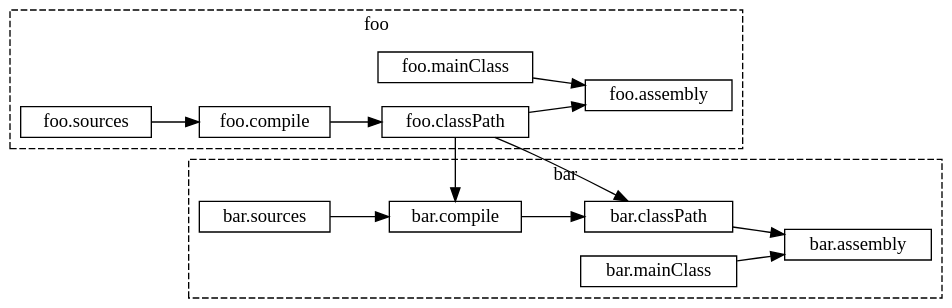
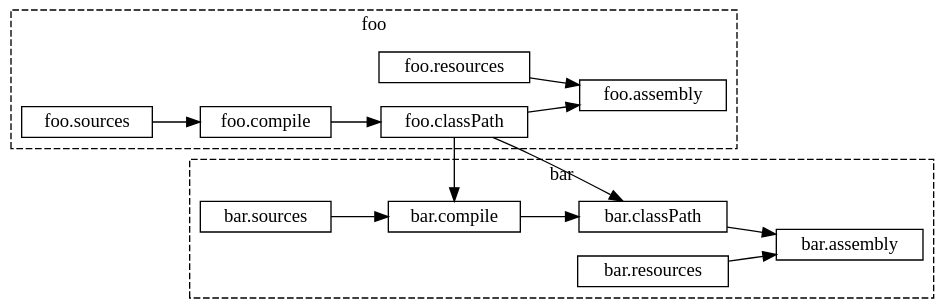
Before and after one commit to com-lihaoyi/mill: the diagram in docs/modules/ROOT/partials/Intro_to_Mill_Header.adoc, drawn with Graphviz. The commit also changed other lines of this file and 6 other files, not shown here.

````diff
--- a/docs/modules/ROOT/partials/Intro_to_Mill_Header.adoc
+++ b/docs/modules/ROOT/partials/Intro_to_Mill_Header.adoc
@@ -1,27 +1,27 @@
 ```graphviz
 digraph G {
   rankdir=LR
   node [shape=box width=0 height=0 style=filled fillcolor=white]
   bgcolor=transparent
   newrank=true;
   subgraph cluster_0 {
     style=dashed
     node [shape=box width=0 height=0 style=filled fillcolor=white]
     label = "foo";
 
     "foo.sources" -> "foo.compile" -> "foo.classPath" -> "foo.assembly"
-    "foo.mainClass" -> "foo.assembly"
+    "foo.resources" -> "foo.assembly"
     "foo.classPath"
   }
   subgraph cluster_1 {
     style=dashed
     node [shape=box width=0 height=0 style=filled fillcolor=white]
     label = "bar";
 
     "foo.classPath" -> "bar.compile" [constraint=false]
     "foo.classPath" -> "bar.classPath"
     "bar.sources" -> "bar.compile" -> "bar.classPath" -> "bar.assembly"
-    "bar.mainClass" -> "bar.assembly"
+    "bar.resources" -> "bar.assembly"
   }
 }
 ```
````
